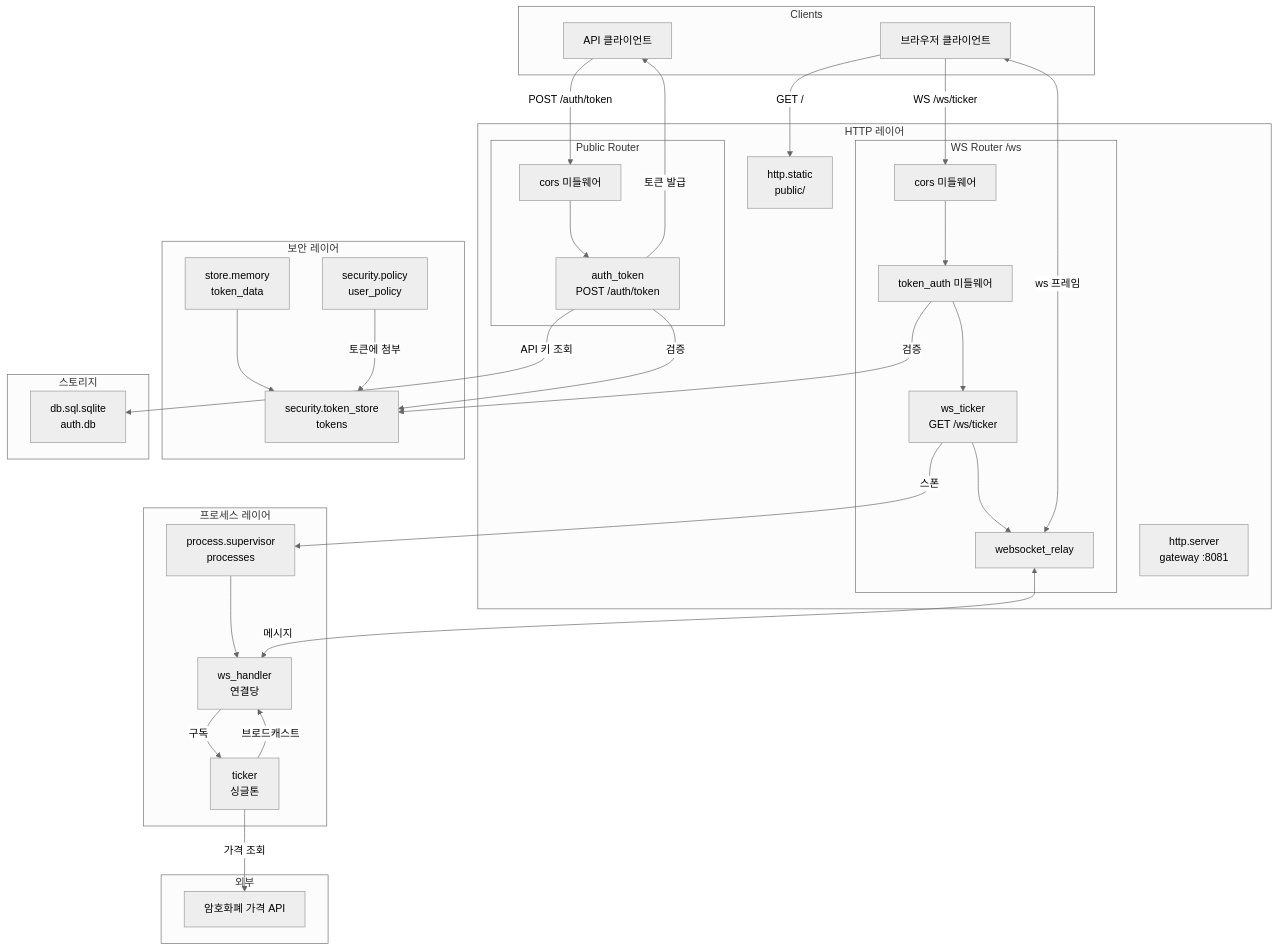
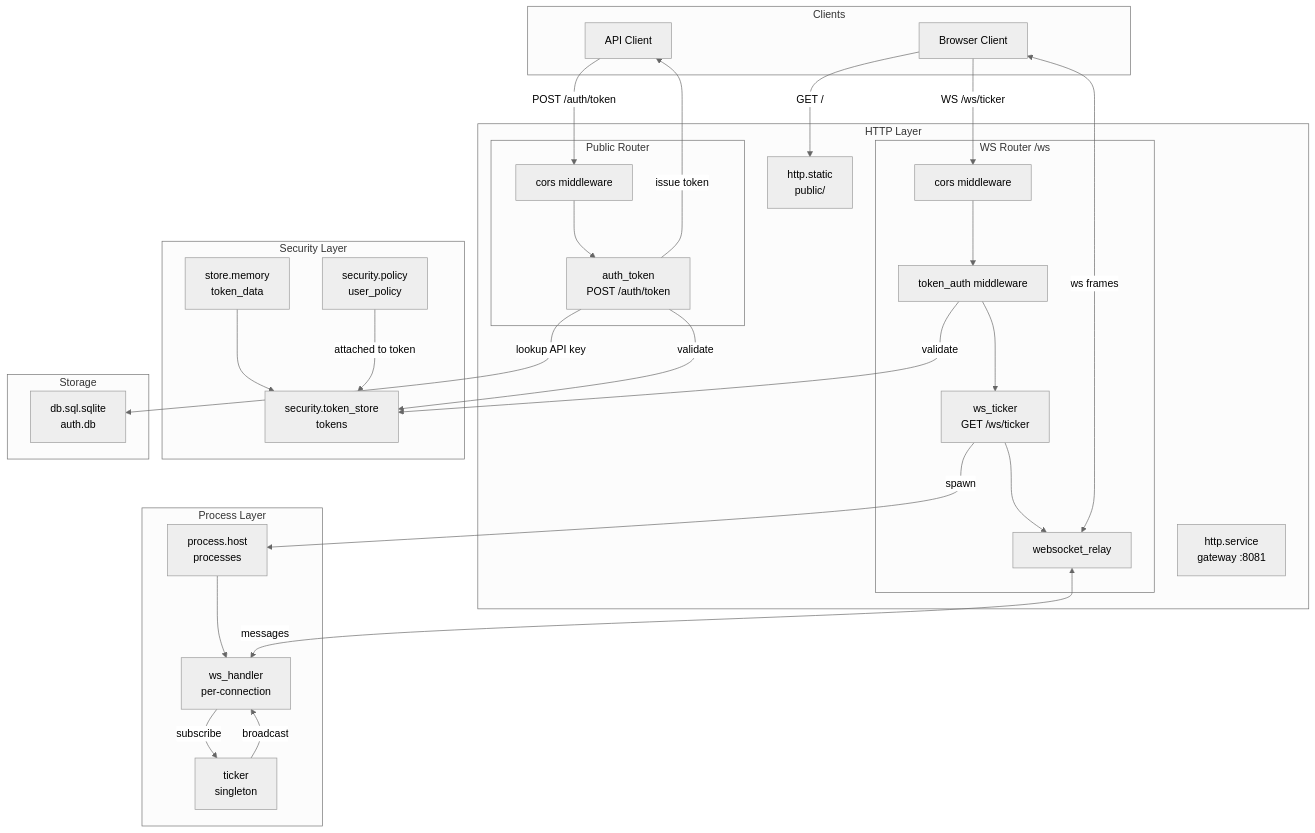
Before and after one commit to wippyai/docs: the diagram in ko/tutorials/auth.md, drawn with Mermaid (neutral theme). The commit also changed other lines of this file, not shown here.

````diff
--- a/ko/tutorials/auth.md
+++ b/ko/tutorials/auth.md
@@ -36,78 +59,72 @@
 ```mermaid
 flowchart TB
     subgraph Clients
-        Browser[브라우저 클라이언트]
-        API[API 클라이언트]
+        Browser[Browser Client]
+        API[API Client]
     end
 
-    subgraph "HTTP 레이어"
-        Server[http.server<br/>gateway :8081]
+    subgraph "HTTP Layer"
+        Server[http.service<br/>gateway :8081]
         Static[http.static<br/>public/]
 
         subgraph "Public Router"
-            CORS1[cors 미들웨어]
+            CORS1[cors middleware]
             AuthEndpoint[auth_token<br/>POST /auth/token]
         end
 
         subgraph "WS Router /ws"
-            CORS2[cors 미들웨어]
-            TokenAuth[token_auth 미들웨어]
+            CORS2[cors middleware]
+            TokenAuth[token_auth middleware]
             WSEndpoint[ws_ticker<br/>GET /ws/ticker]
             WSRelay[websocket_relay]
         end
     end
 
-    subgraph "보안 레이어"
+    subgraph "Security Layer"
         TokenStore[security.token_store<br/>tokens]
         Policy[security.policy<br/>user_policy]
         MemStore[store.memory<br/>token_data]
     end
 
-    subgraph "스토리지"
+    subgraph "Storage"
         DB[db.sql.sqlite<br/>auth.db]
     end
 
-    subgraph "프로세스 레이어"
-        Supervisor[process.supervisor<br/>processes]
-        WSHandler[ws_handler<br/>연결당]
-        Ticker[ticker<br/>싱글톤]
+    subgraph "Process Layer"
+        Supervisor[process.host<br/>processes]
+        WSHandler[ws_handler<br/>per-connection]
+        Ticker[ticker<br/>singleton]
     end
 
-    subgraph "외부"
-        CryptoAPI[암호화폐 가격 API]
-    end
-
-    %% 클라이언트 연결
+    %% Client connections
     Browser -->|"GET /"| Static
     API -->|"POST /auth/token"| CORS1
     Browser -->|"WS /ws/ticker"| CORS2
 
-    %% API 흐름
+    %% API flow
     CORS1 --> AuthEndpoint
-    AuthEndpoint -->|검증| TokenStore
-    AuthEndpoint -->|"토큰 발급"| API
+    AuthEndpoint -->|validate| TokenStore
+    AuthEndpoint -->|"issue token"| API
 
-    %% WS 흐름
+    %% WS flow
     CORS2 --> TokenAuth
-    TokenAuth -->|검증| TokenStore
+    TokenAuth -->|validate| TokenStore
     TokenAuth --> WSEndpoint
-    WSEndpoint -->|스폰| Supervisor
+    WSEndpoint -->|spawn| Supervisor
     Supervisor --> WSHandler
     WSEndpoint --> WSRelay
-    WSRelay <-->|"메시지"| WSHandler
+    WSRelay <-->|"messages"| WSHandler
 
-    %% 토큰 스토어 의존성
+    %% Token store deps
     MemStore --> TokenStore
-    Policy -->|토큰에 첨부| TokenStore
+    Policy -->|attached to token| TokenStore
 
-    %% Auth가 API 키를 위해 DB 사용
-    AuthEndpoint -->|API 키 조회| DB
+    %% Auth uses DB for API keys
+    AuthEndpoint -->|lookup API key| DB
 
-    %% 프로세스 통신
-    WSHandler -->|구독| Ticker
-    Ticker -->|브로드캐스트| WSHandler
-    WSRelay <-->|"ws 프레임"| Browser
+    %% Process communication
+    WSHandler -->|subscribe| Ticker
+    Ticker -->|broadcast| WSHandler
+    WSRelay <-->|"ws frames"| Browser
 
-    %% 외부
-    Ticker -->|가격 조회| CryptoAPI
 ```
````
